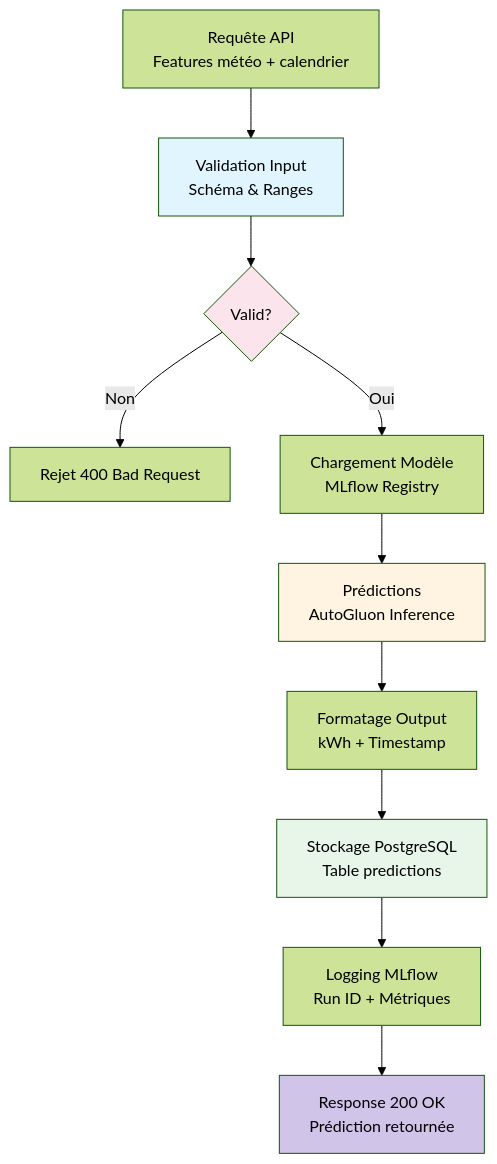
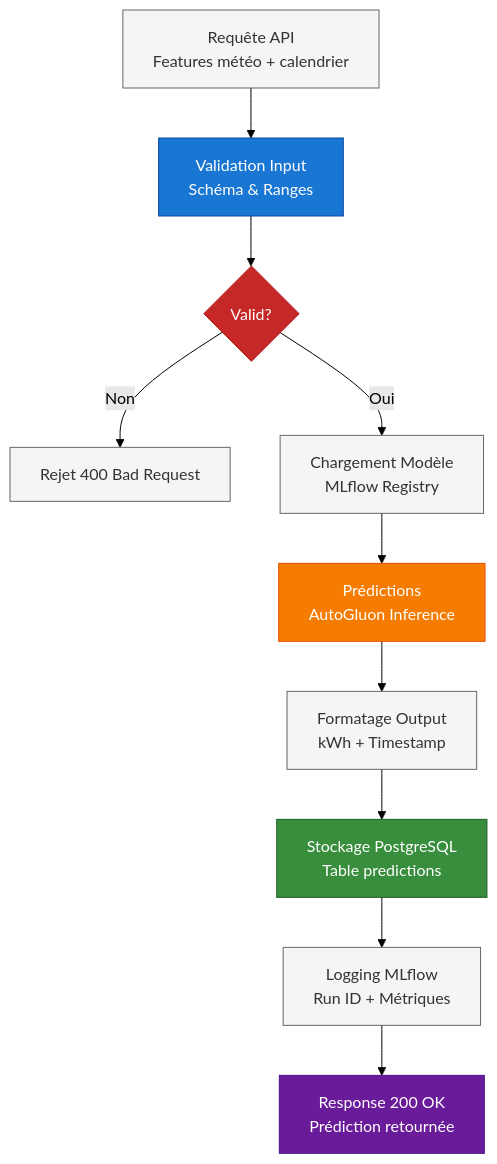
The fifth of 21 diagrams in docs/ARCHITECTURE_MLOPS.md (jinsudai/jinsudai), drawn with Mermaid (forest theme) before and after one commit. The commit also changed other lines of this file and 9 other files, not shown here.

````diff
--- a/docs/ARCHITECTURE_MLOPS.md
+++ b/docs/ARCHITECTURE_MLOPS.md
@@ -201,18 +224,25 @@
 ```mermaid
 flowchart TD
+    classDef validation fill:#1976D2,stroke:#0D47A1,color:#fff
+    classDef decision fill:#C62828,stroke:#B71C1C,color:#fff
+    classDef inference fill:#F57C00,stroke:#E65100,color:#fff
+    classDef storage fill:#388E3C,stroke:#1B5E20,color:#fff
+    classDef response fill:#6A1B9A,stroke:#4A148C,color:#fff
+    classDef default fill:#f5f5f5,stroke:#666,color:#333
+
     A[Requête API<br/>Features météo + calendrier] --> B[Validation Input<br/>Schéma & Ranges]
     B --> C{Valid?}
     C -->|Non| D[Rejet 400 Bad Request]
     C -->|Oui| E[Chargement Modèle<br/>MLflow Registry]
     E --> F[Prédictions<br/>AutoGluon Inference]
     F --> G[Formatage Output<br/>kWh + Timestamp]
     G --> H[Stockage PostgreSQL<br/>Table predictions]
     H --> I[Logging MLflow<br/>Run ID + Métriques]
     I --> J[Response 200 OK<br/>Prédiction retournée]
-    
-    style B fill:#e1f5ff
-    style C fill:#fce4ec
-    style F fill:#fff4e1
-    style H fill:#e8f5e9
-    style J fill:#d1c4e9
+
+    class B validation
+    class C decision
+    class F inference
+    class H storage
+    class J response
 ```
````
